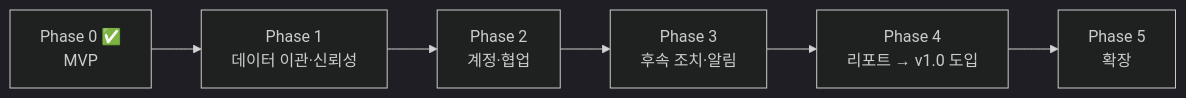
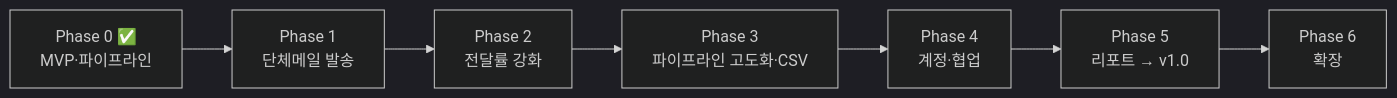
One commit to jhoon0524-backpack/backpackr changed the diagram in docs/ROADMAP.md. Above: the diagram before and after it, drawn with Mermaid (dark theme). The commit also changed other lines of this file and 1 other file, not shown here.

First line of the commit message:
우선순위 재편: 단체메일·Gmail 전달률을 최우선 페이즈로

````diff
--- a/docs/ROADMAP.md
+++ b/docs/ROADMAP.md
@@ -6,8 +10,9 @@
 ```mermaid
 graph LR
-    P0["Phase 0 ✅<br/>MVP"] --> P1["Phase 1<br/>데이터 이관·신뢰성"]
-    P1 --> P2["Phase 2<br/>계정·협업"]
-    P2 --> P3["Phase 3<br/>후속 조치·알림"]
-    P3 --> P4["Phase 4<br/>리포트 → v1.0 도입"]
-    P4 --> P5["Phase 5<br/>확장"]
+    P0["Phase 0 ✅<br/>MVP·파이프라인"] --> P1["Phase 1<br/>단체메일 발송"]
+    P1 --> P2["Phase 2<br/>전달률 강화"]
+    P2 --> P3["Phase 3<br/>파이프라인 고도화·CSV"]
+    P3 --> P4["Phase 4<br/>계정·협업"]
+    P4 --> P5["Phase 5<br/>리포트 → v1.0"]
+    P5 --> P6["Phase 6<br/>확장"]
 ```
````
